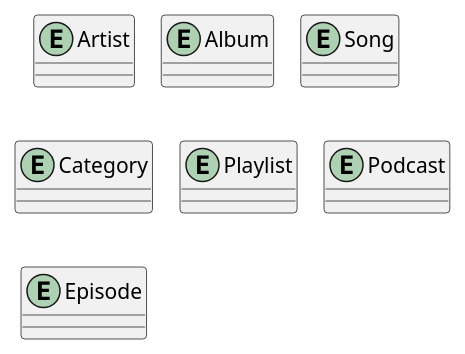
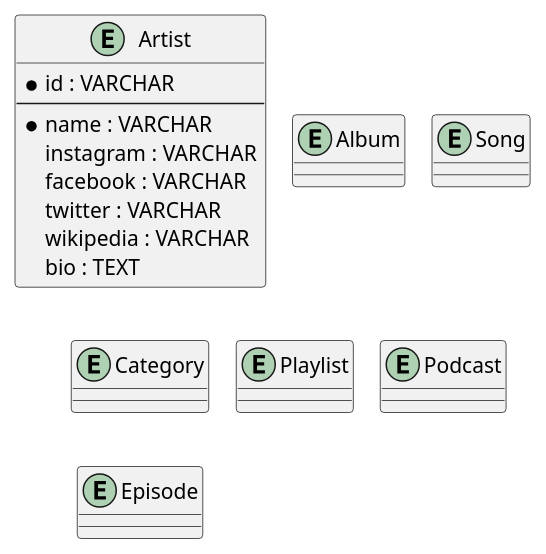
The diagram in spotify.puml (fkresna23/database-design-spotify), drawn with PlantUML before and after one commit.

Commit message:
Menentukan Attribute Entity Artist

```diff
--- a/spotify.puml
+++ b/spotify.puml
@@ -1,30 +1,37 @@
 @startuml
 !pragma layout smetana
 entity Artist {
-
+    * id : VARCHAR
+    --
+    * name : VARCHAR
+    instagram : VARCHAR
+    facebook : VARCHAR
+    twitter : VARCHAR
+    wikipedia : VARCHAR
+    bio : TEXT
 }
 
 entity Album {
 
 }
 
 entity Song {
 
 }
 
 entity Category {
 
 }
 
 entity Playlist {
 
 }
 
 entity Podcast {
 
 }
 
 entity Episode {
 
 }
 @enduml
```
